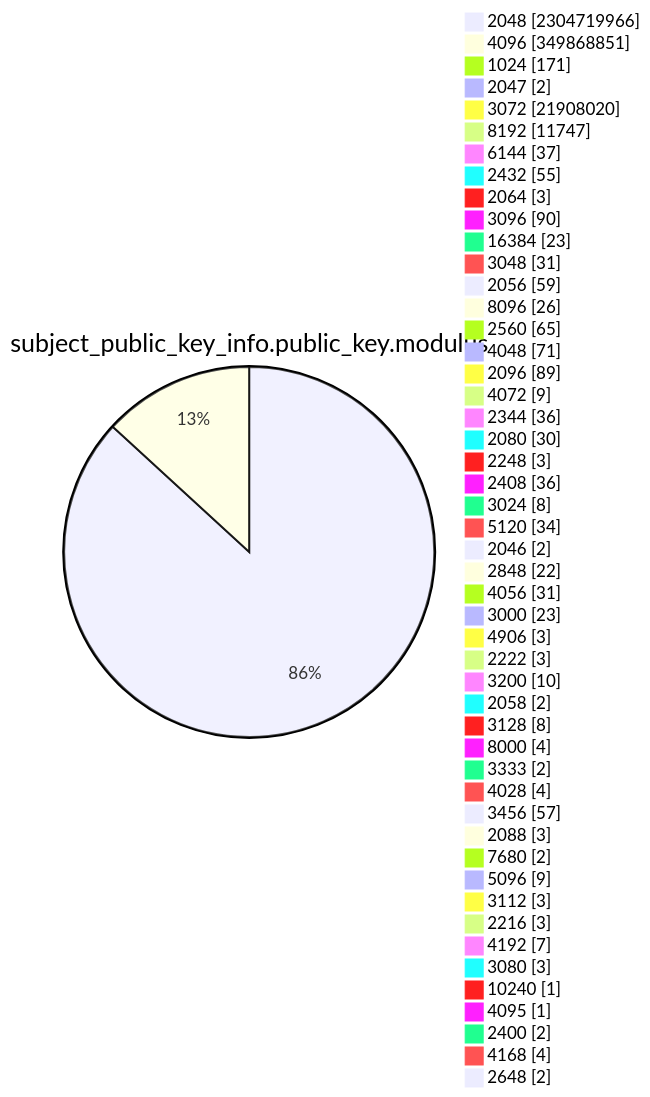
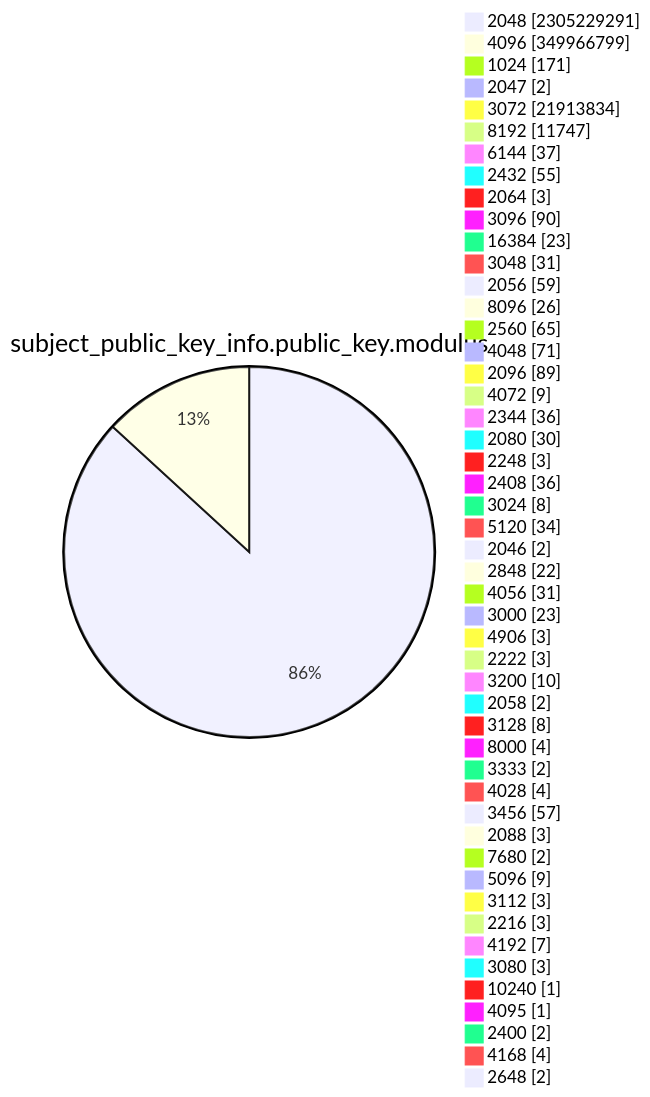
One commit to christiankrug/ctmonitor_visualization changed diagram 13 of 15 in TOTAL/README.md. Above: the diagram before and after it, drawn with Mermaid. The commit also changed other lines of this file, not shown here.

````diff
--- a/TOTAL/README.md
+++ b/TOTAL/README.md
@@ -4165,53 +4165,53 @@
 ```mermaid
 pie showData
 title subject_public_key_info.public_key.modulus
-"2048" :2304719966
-"4096" :349868851
+"2048" :2305229291
+"4096" :349966799
 "1024" :171
 "2047" :2
-"3072" :21908020
+"3072" :21913834
 "8192" :11747
 "6144" :37
 "2432" :55
 "2064" :3
 "3096" :90
 "16384" :23
 "3048" :31
 "2056" :59
 "8096" :26
 "2560" :65
 "4048" :71
 "2096" :89
 "4072" :9
 "2344" :36
 "2080" :30
 "2248" :3
 "2408" :36
 "3024" :8
 "5120" :34
 "2046" :2
 "2848" :22
 "4056" :31
 "3000" :23
 "4906" :3
 "2222" :3
 "3200" :10
 "2058" :2
 "3128" :8
 "8000" :4
 "3333" :2
 "4028" :4
 "3456" :57
 "2088" :3
 "7680" :2
 "5096" :9
 "3112" :3
 "2216" :3
 "4192" :7
 "3080" :3
 "10240" :1
 "4095" :1
 "2400" :2
 "4168" :4
 "2648" :2
 ```
````
